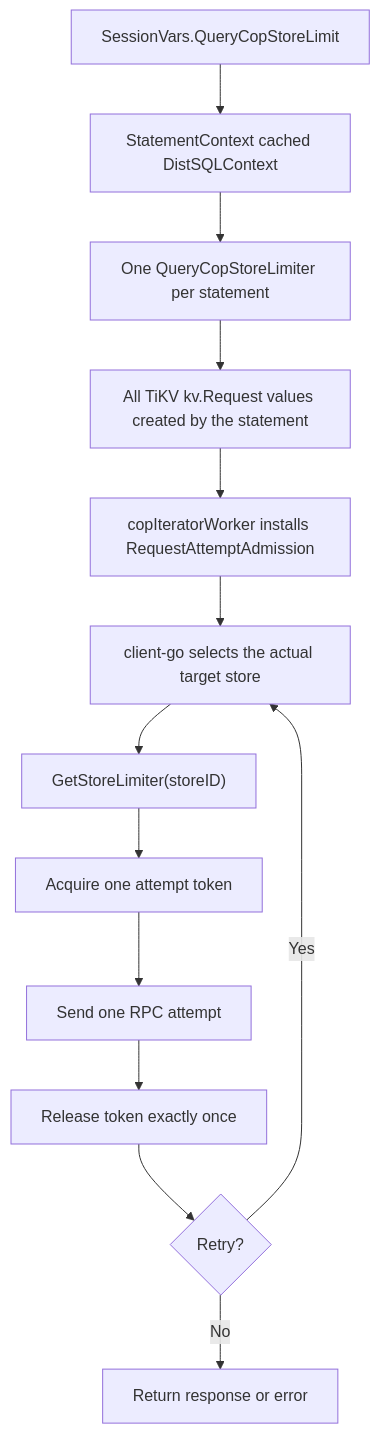
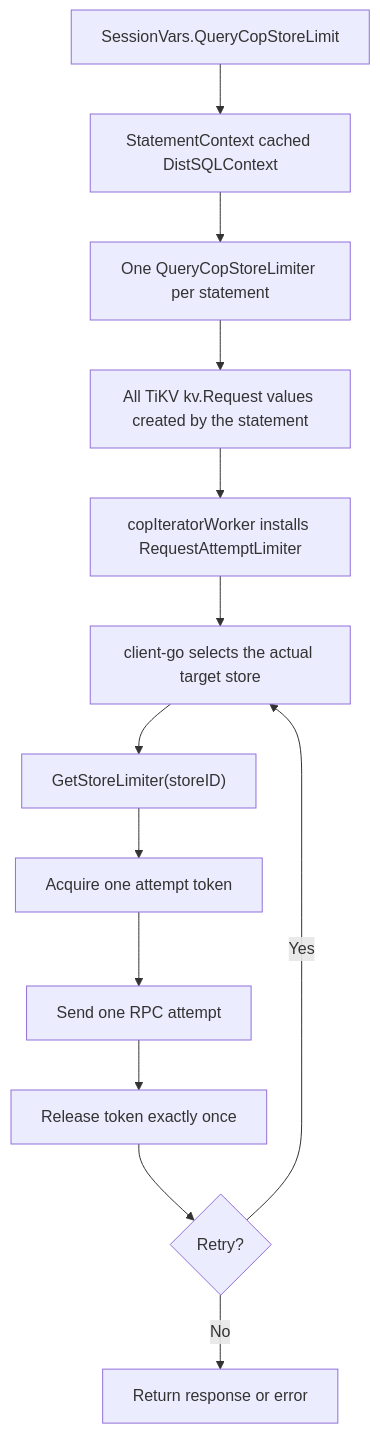
Before and after one commit to pingcap/tidb: the diagram in docs/design/2026-07-29-query-level-per-store-cop-request-limiter.md, drawn with Mermaid. The commit also changed other lines of this file and 5 other files, not shown here.

Commit message:
store/copr: rename request attempt admission to limiter

````diff
--- a/docs/design/2026-07-29-query-level-per-store-cop-request-limiter.md
+++ b/docs/design/2026-07-29-query-level-per-store-cop-request-limiter.md
@@ -125,15 +125,15 @@
 ```mermaid
 flowchart TD
     A["SessionVars.QueryCopStoreLimit"] --> B["StatementContext cached DistSQLContext"]
     B --> C["One QueryCopStoreLimiter per statement"]
     C --> D["All TiKV kv.Request values created by the statement"]
-    D --> E["copIteratorWorker installs RequestAttemptAdmission"]
+    D --> E["copIteratorWorker installs RequestAttemptLimiter"]
     E --> F["client-go selects the actual target store"]
     F --> G["GetStoreLimiter(storeID)"]
     G --> H["Acquire one attempt token"]
     H --> I["Send one RPC attempt"]
     I --> J["Release token exactly once"]
     J --> K{"Retry?"}
     K -->|Yes| F
     K -->|No| L["Return response or error"]
 ```
````
